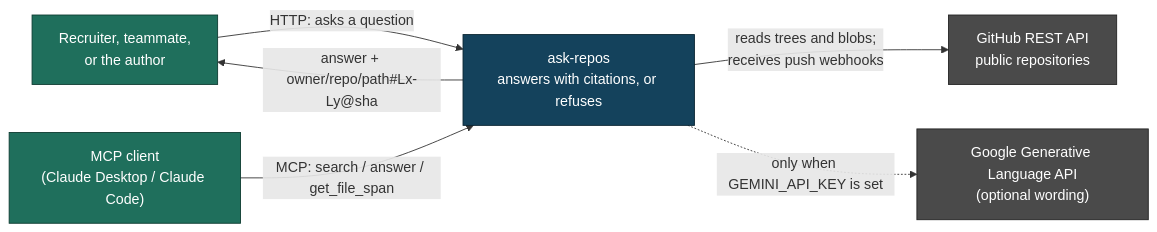
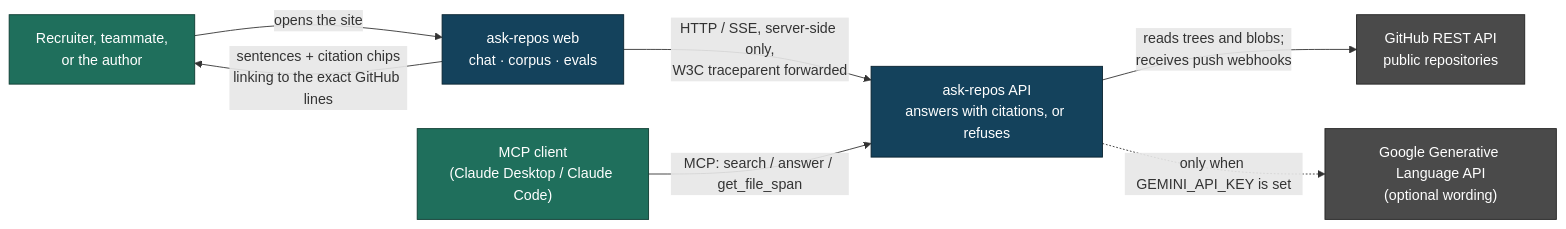
One commit to Mohamed3042/ask-repos changed the first of 6 diagrams in docs/architecture.md. Above: the diagram before and after it, drawn with Mermaid. The commit also changed other lines of this file and 98 other files, not shown here.

First line of the commit message:
feat: a face for ask-repos, and both halves live

````diff
--- a/docs/architecture.md
+++ b/docs/architecture.md
@@ -9,18 +9,20 @@
 ```mermaid
 flowchart LR
     R["Recruiter, teammate,<br/>or the author"]:::person
     A["MCP client<br/>(Claude Desktop / Claude Code)"]:::person
-    S["ask-repos<br/>answers with citations, or refuses"]:::system
+    W["ask-repos web<br/>chat · corpus · evals"]:::system
+    S["ask-repos API<br/>answers with citations, or refuses"]:::system
     G["GitHub REST API<br/>public repositories"]:::ext
     L["Google Generative Language API<br/>(optional wording)"]:::ext
 
-    R -->|"HTTP: asks a question"| S
+    R -->|"opens the site"| W
+    W -->|"HTTP / SSE, server-side only,<br/>W3C traceparent forwarded"| S
     A -->|"MCP: search / answer / get_file_span"| S
     S -->|"reads trees and blobs;<br/>receives push webhooks"| G
     S -.->|"only when GEMINI_API_KEY is set"| L
-    S -->|"answer + owner/repo/path#Lx-Ly@sha"| R
+    W -->|"sentences + citation chips<br/>linking to the exact GitHub lines"| R
 
     classDef person fill:#1f6f5c,stroke:#0d3b31,color:#fff
     classDef system fill:#14425c,stroke:#08222f,color:#fff
     classDef ext fill:#4a4a4a,stroke:#222,color:#fff
 ```
````
